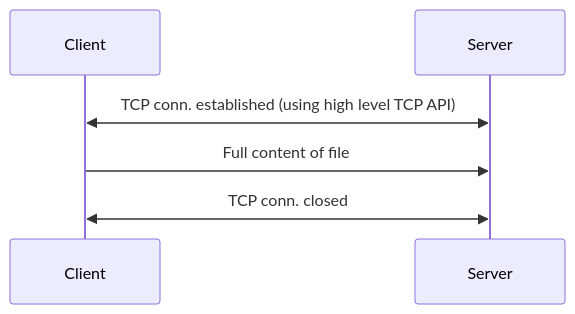
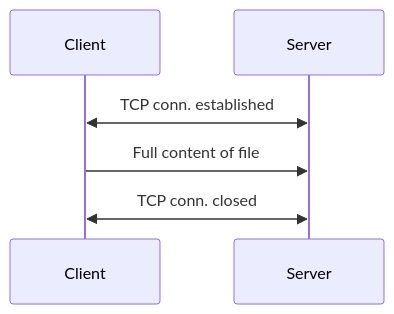
The diagram in Program-01-HardCoded/README.md (ajinspiro/HelloNetwork), drawn with Mermaid before and after one commit.

````diff
--- a/Program-01-HardCoded/README.md
+++ b/Program-01-HardCoded/README.md
@@ -8,9 +8,9 @@
 ```mermaid
 sequenceDiagram
     participant Client
     participant Server
 
-Client<<->>Server:TCP conn. established (using high level TCP API)
+Client<<->>Server:TCP conn. established
 Client->>Server:Full content of file
 Client<<->>Server:TCP conn. closed
 ```
````
